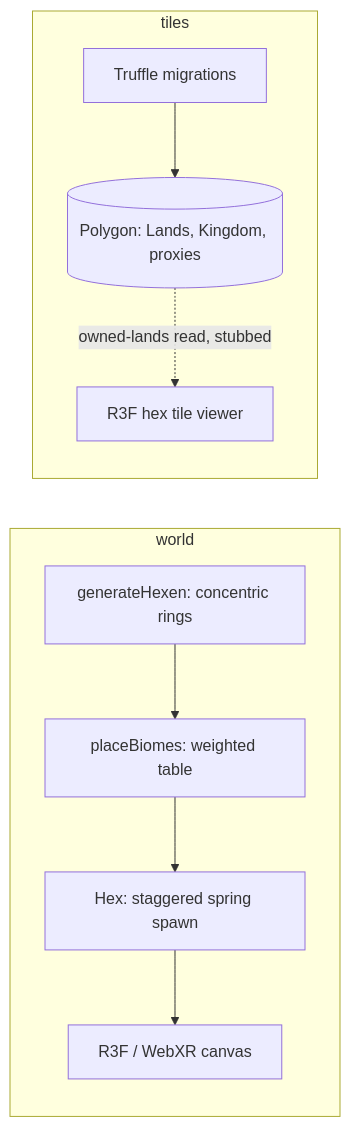
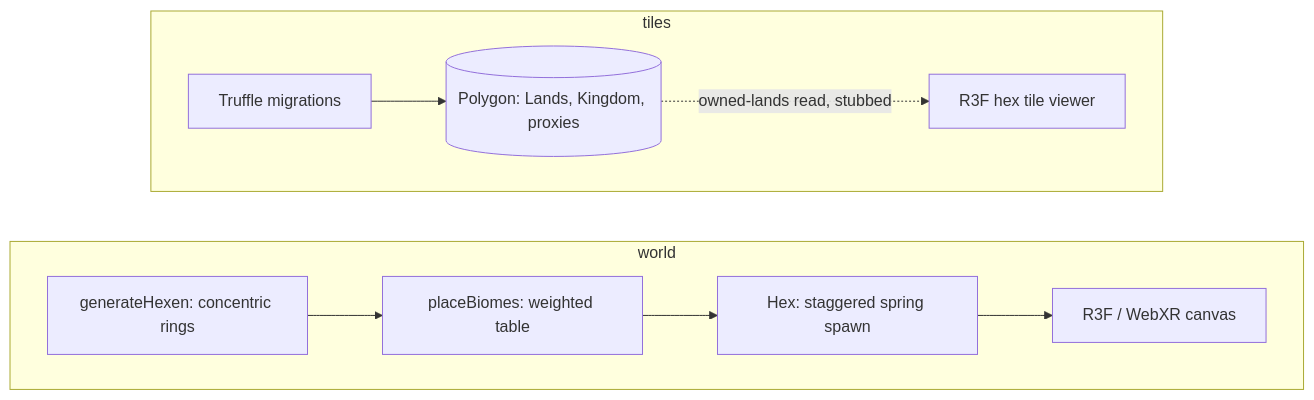
One commit to aenoriss/shattered-lands changed the first of 2 diagrams in README.md. Above: the diagram before and after it, drawn with Mermaid.

Commit message:
docs: force horizontal layout in world/tiles mermaid

````diff
--- a/README.md
+++ b/README.md
@@ -24,11 +24,11 @@
 ```mermaid
 flowchart LR
   subgraph world
-    R[generateHexen: concentric rings] --> B[placeBiomes: weighted table]
-    B --> H[Hex: staggered spring spawn] --> X[R3F / WebXR canvas]
+    direction LR
+    R[generateHexen: concentric rings] --> B[placeBiomes: weighted table] --> H[Hex: staggered spring spawn] --> X[R3F / WebXR canvas]
   end
   subgraph tiles
-    M[Truffle migrations] --> POLY[(Polygon: Lands, Kingdom, proxies)]
-    POLY -.->|owned-lands read, stubbed| V[R3F hex tile viewer]
+    direction LR
+    M[Truffle migrations] --> POLY[(Polygon: Lands, Kingdom, proxies)] -.->|owned-lands read, stubbed| V[R3F hex tile viewer]
   end
 ```
````
